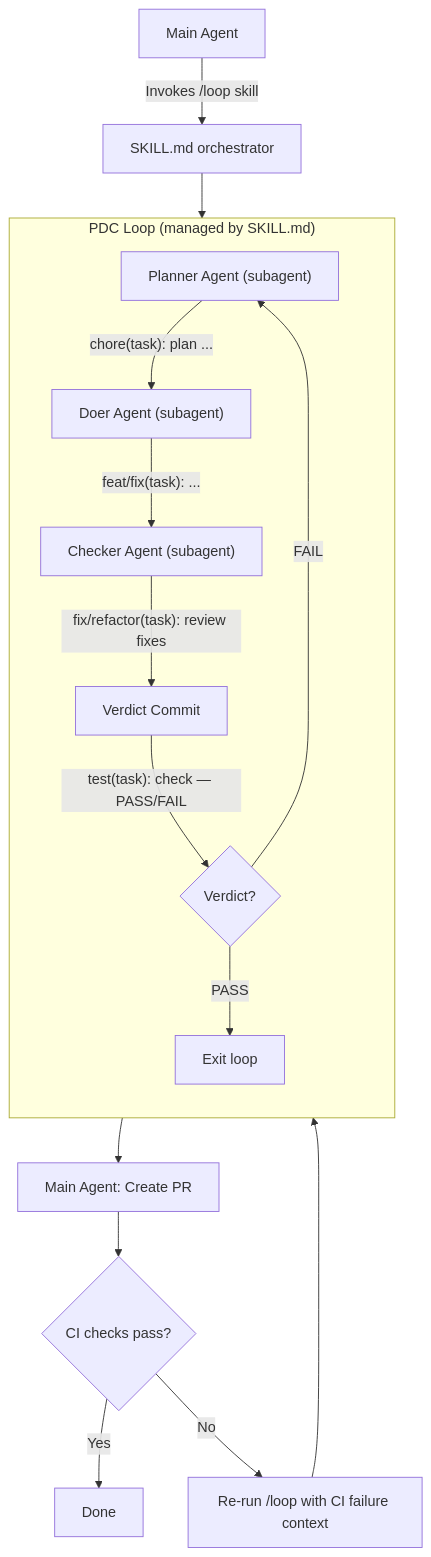
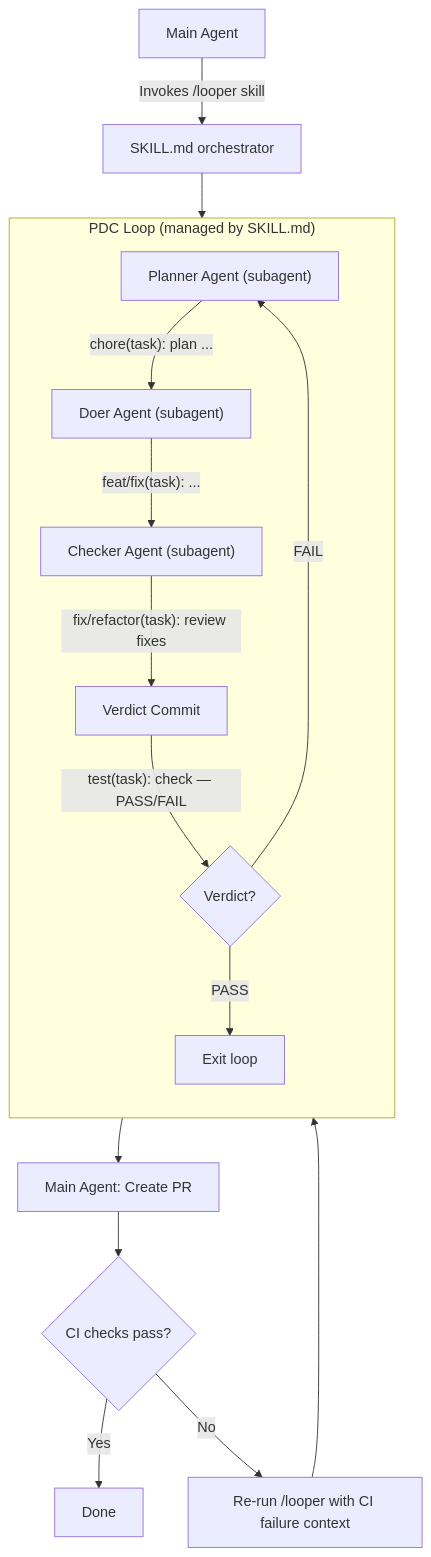
One commit to code-salad/looper changed the diagram in docs/pdc-loop-flow.md. Above: the diagram before and after it, drawn with Mermaid. The commit also changed other lines of this file and 19 other files, not shown here.

First line of the commit message:
refactor(skill): rename /loop skill to /looper (#16)

````diff
--- a/docs/pdc-loop-flow.md
+++ b/docs/pdc-loop-flow.md
@@ -32,22 +32,22 @@
 ```mermaid
 flowchart TD
-    A["Main Agent"] -->|"Invokes /loop skill"| B["SKILL.md orchestrator"]
+    A["Main Agent"] -->|"Invokes /looper skill"| B["SKILL.md orchestrator"]
     B --> P
 
     subgraph LOOP ["PDC Loop (managed by SKILL.md)"]
         direction TB
         P["Planner Agent (subagent)"]
         P -->|"chore(task): plan ..."| D["Doer Agent (subagent)"]
         D -->|"feat/fix(task): ..."| CH["Checker Agent (subagent)"]
         CH -->|"fix/refactor(task): review fixes"| V["Verdict Commit"]
         V -->|"test(task): check — PASS/FAIL"| DECIDE{Verdict?}
         DECIDE -->|"FAIL"| P
         DECIDE -->|"PASS"| EXIT["Exit loop"]
     end
 
     EXIT --> PR["Main Agent: Create PR"]
     PR --> CI{CI checks pass?}
     CI -->|"Yes"| DONE["Done"]
-    CI -->|"No"| RESUME["Re-run /loop with CI failure context"]
+    CI -->|"No"| RESUME["Re-run /looper with CI failure context"]
     RESUME --> P
 ```
````
